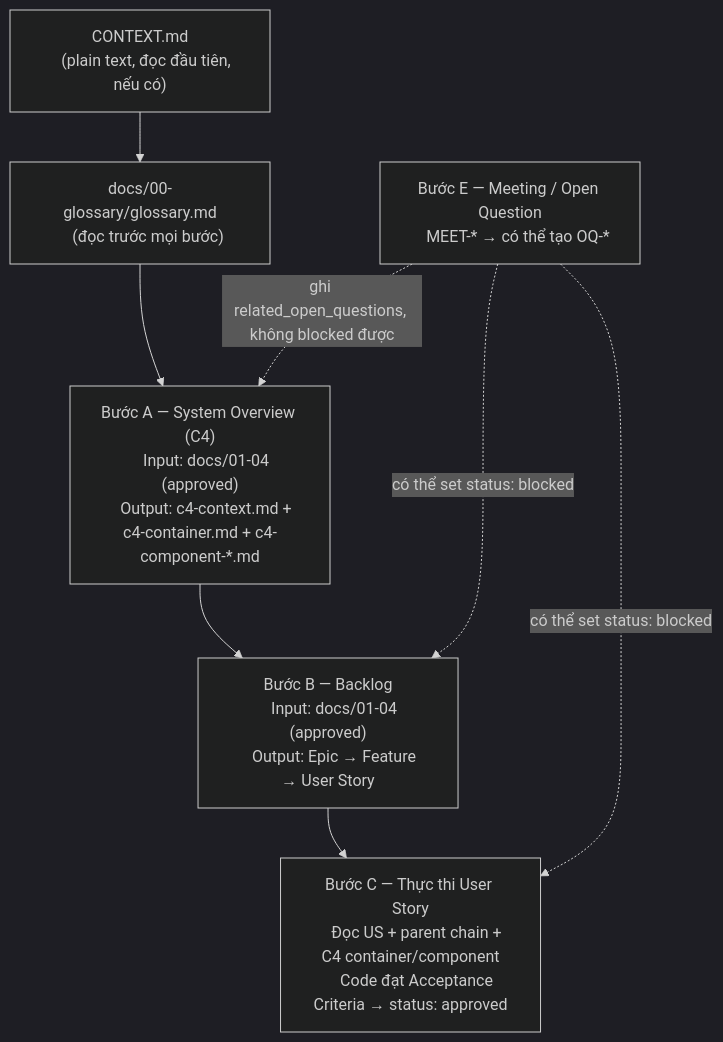
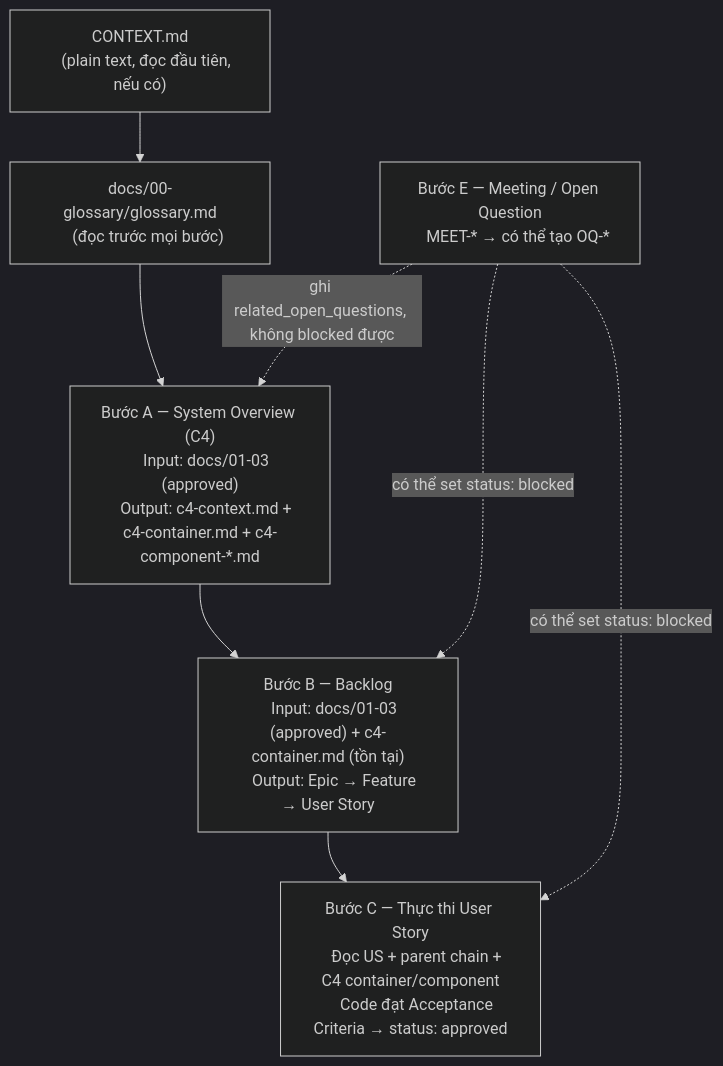
The first of 2 diagrams in AGENTS.md (elsieej/spec-kit-template), drawn with Mermaid (dark theme) before and after one commit. The commit also changed other lines of this file, not shown here.

````diff
--- a/AGENTS.md
+++ b/AGENTS.md
@@ -29,25 +29,25 @@
 ```mermaid
 flowchart TD
     CTX["CONTEXT.md
     (plain text, đọc đầu tiên, nếu có)"]
     G["docs/00-glossary/glossary.md
     (đọc trước mọi bước)"]
 
     A["Bước A — System Overview (C4)
-    Input: docs/01-04 (approved)
+    Input: docs/01-03 (approved)
     Output: c4-context.md + c4-container.md + c4-component-*.md"]
     B["Bước B — Backlog
-    Input: docs/01-04 (approved)
+    Input: docs/01-03 (approved) + c4-container.md (tồn tại)
     Output: Epic → Feature → User Story"]
     C["Bước C — Thực thi User Story
     Đọc US + parent chain + C4 container/component
     Code đạt Acceptance Criteria → status: approved"]
     E["Bước E — Meeting / Open Question
     MEET-* → có thể tạo OQ-*"]
 
     CTX --> G --> A
     A --> B --> C
     E -. ghi related_open_questions, không blocked được .-> A
     E -. có thể set status: blocked .-> B
     E -. có thể set status: blocked .-> C
 ```
````
